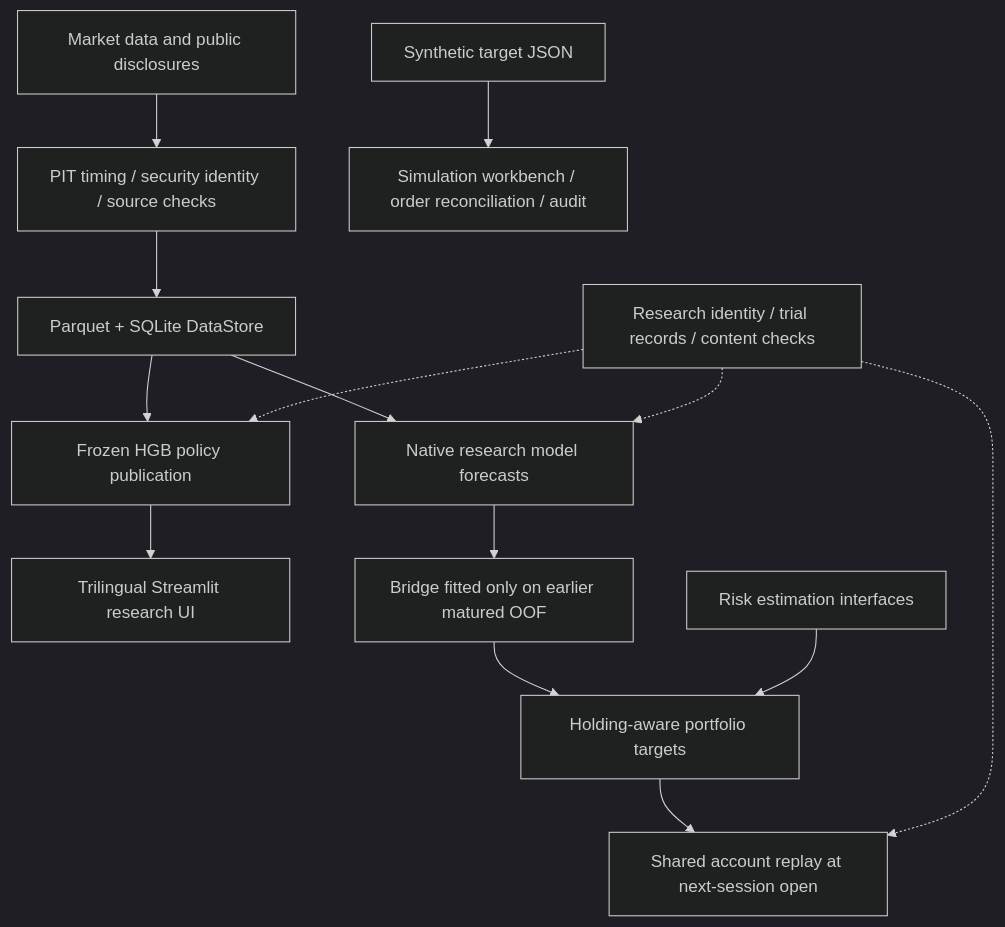
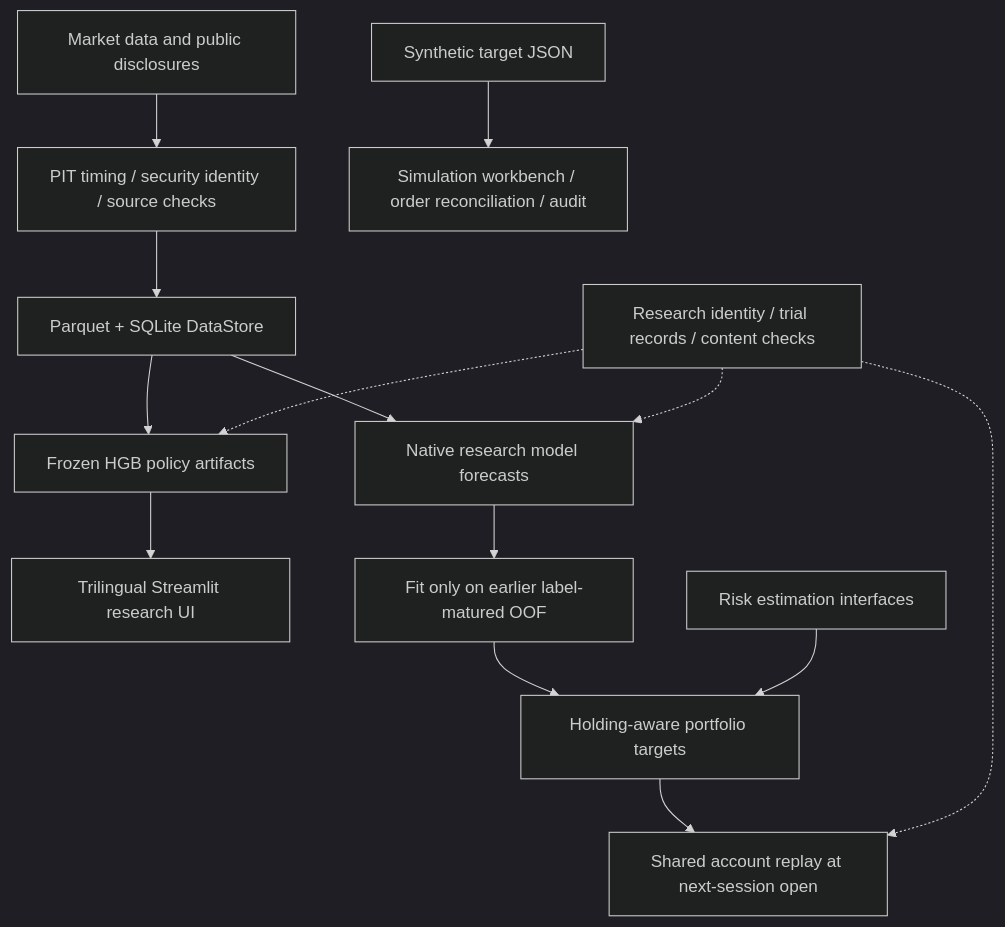
Before and after one commit to kinryukii/us-tech-quant-v21: the diagram in README.md, drawn with Mermaid (dark theme). The commit also changed other lines of this file and 3 other files, not shown here.

````diff
--- a/README.md
+++ b/README.md
@@ -32,16 +32,16 @@
 ```mermaid
 flowchart TB
     Sources[Market data and public disclosures] --> PIT[PIT timing / security identity / source checks]
     PIT --> Store[Parquet + SQLite DataStore]
-    Store --> HGB[Frozen HGB policy publication]
+    Store --> HGB[Frozen HGB policy artifacts]
     HGB --> Demo[Trilingual Streamlit research UI]
     Store --> Forecast[Native research model forecasts]
-    Forecast --> Bridge[Bridge fitted only on earlier matured OOF]
+    Forecast --> Bridge[Fit only on earlier label-matured OOF]
     Bridge --> Policy[Holding-aware portfolio targets]
     Risk[Risk estimation interfaces] --> Policy
     Policy --> Replay[Shared account replay at next-session open]
     Registry[Research identity / trial records / content checks] -.-> HGB
     Registry -.-> Forecast
     Registry -.-> Replay
     JSON[Synthetic target JSON] --> Paper[Simulation workbench / order reconciliation / audit]
 ```
````
